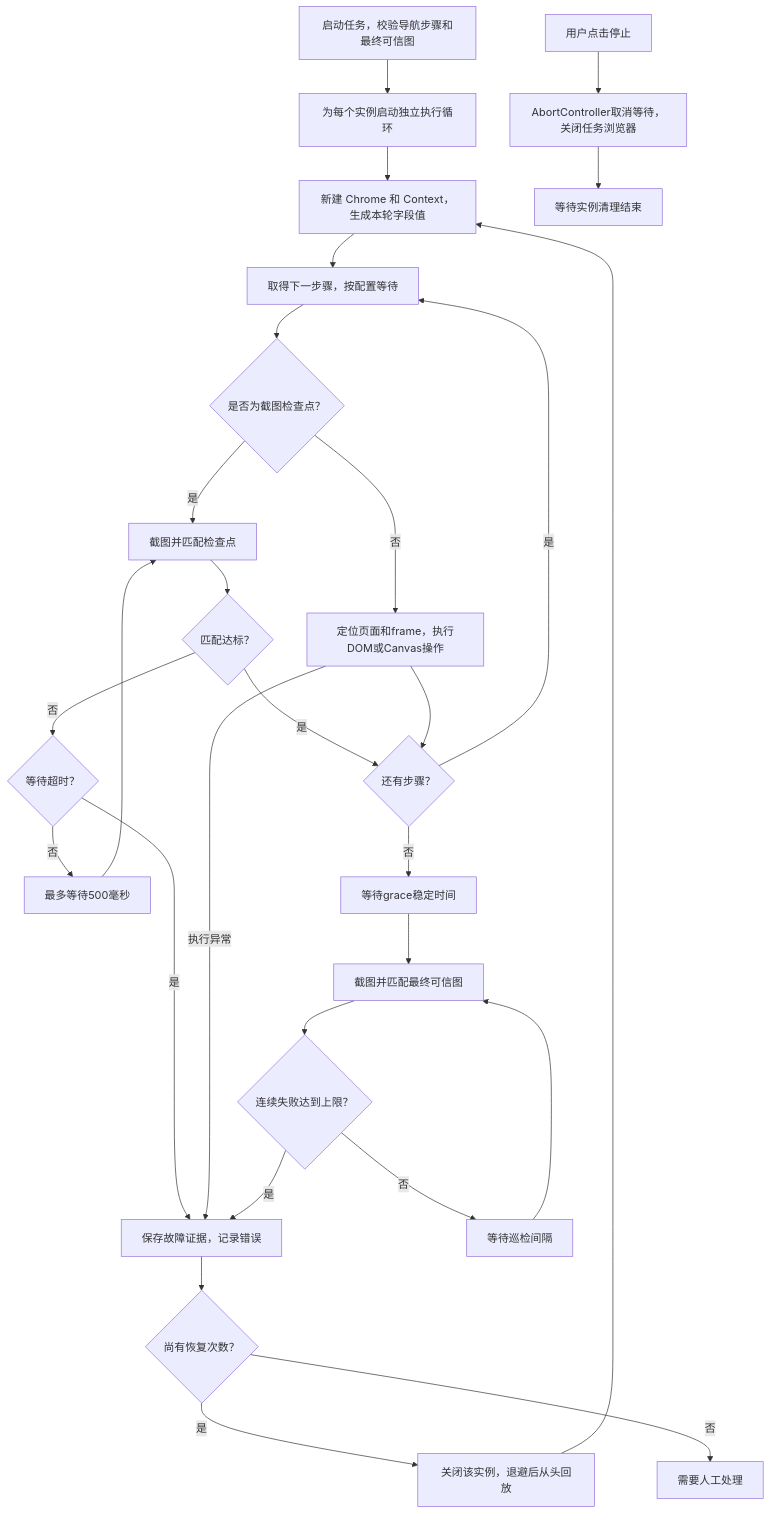
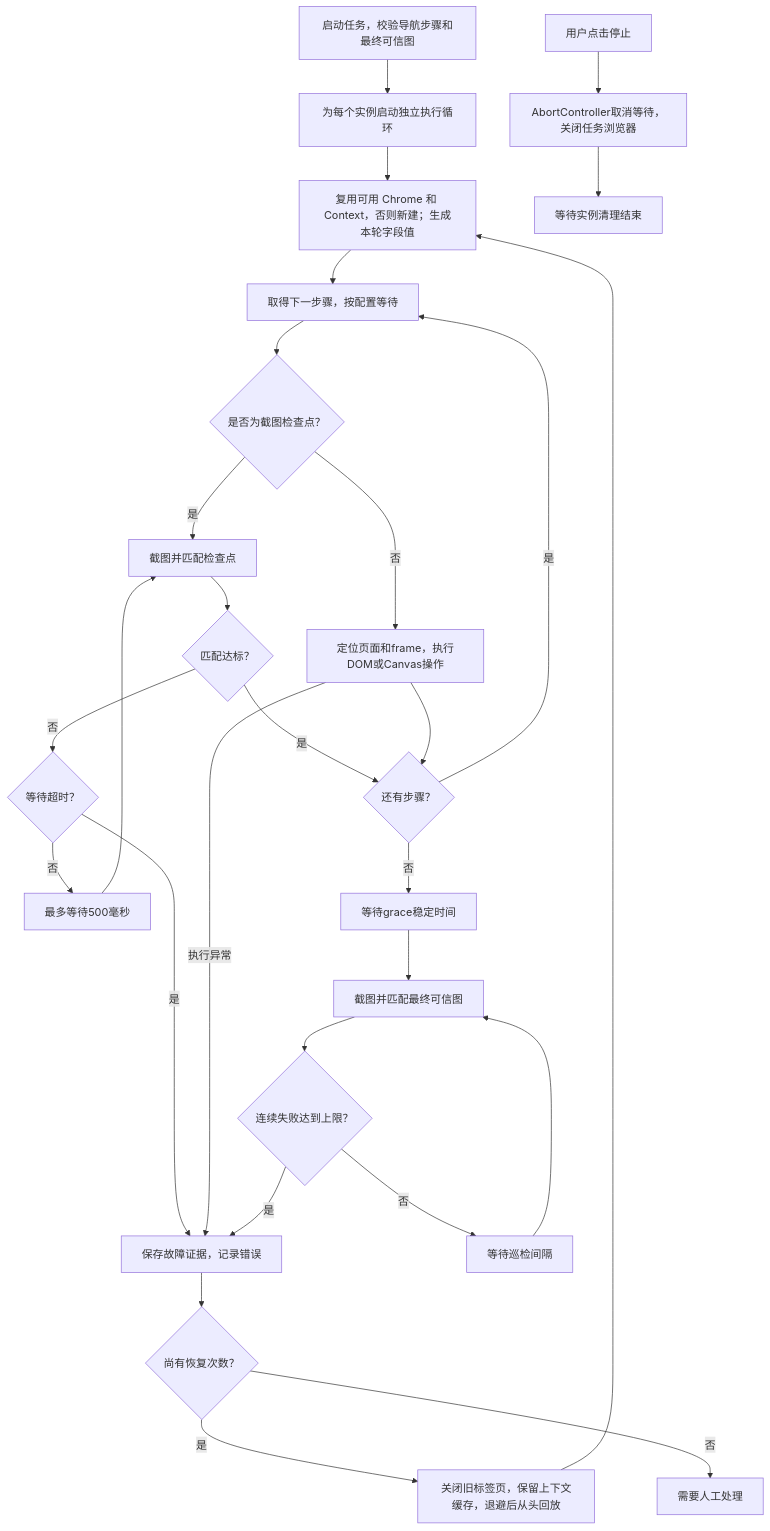
One commit to AmbitiousJun/ai_code changed the third of 3 diagrams in FlowSentinel/AGENTS.md. Above: the diagram before and after it, drawn with Mermaid. The commit also changed other lines of this file and 6 other files, not shown here.

````diff
--- a/FlowSentinel/AGENTS.md
+++ b/FlowSentinel/AGENTS.md
@@ -162,30 +163,30 @@
 ```mermaid
 flowchart TD
     Start["启动任务，校验导航步骤和最终可信图"] --> Parallel["为每个实例启动独立执行循环"]
-    Parallel --> Browser["新建 Chrome 和 Context，生成本轮字段值"]
+    Parallel --> Browser["复用可用 Chrome 和 Context，否则新建；生成本轮字段值"]
     Browser --> Next["取得下一步骤，按配置等待"]
     Next --> Kind{"是否为截图检查点？"}
     Kind -->|否| Action["定位页面和frame，执行DOM或Canvas操作"]
     Kind -->|是| Image["截图并匹配检查点"]
     Image --> Match{"匹配达标？"}
     Match -->|是| More{"还有步骤？"}
     Match -->|否| Timeout{"等待超时？"}
     Timeout -->|否| Poll["最多等待500毫秒"]
     Poll --> Image
     Timeout -->|是| Fail["保存故障证据，记录错误"]
     Action --> More
     Action -->|执行异常| Fail
     More -->|是| Next
     More -->|否| Grace["等待grace稳定时间"]
     Grace --> Monitor["截图并匹配最终可信图"]
     Monitor --> Limit{"连续失败达到上限？"}
     Limit -->|否| Interval["等待巡检间隔"]
     Interval --> Monitor
     Limit -->|是| Fail
     Fail --> Retry{"尚有恢复次数？"}
-    Retry -->|是| Close["关闭该实例，退避后从头回放"]
+    Retry -->|是| Close["关闭旧标签页，保留上下文缓存，退避后从头回放"]
     Close --> Browser
     Retry -->|否| Manual["需要人工处理"]
     Stop["用户点击停止"] --> Abort["AbortController取消等待，关闭任务浏览器"]
     Abort --> End["等待实例清理结束"]
 ```
````
